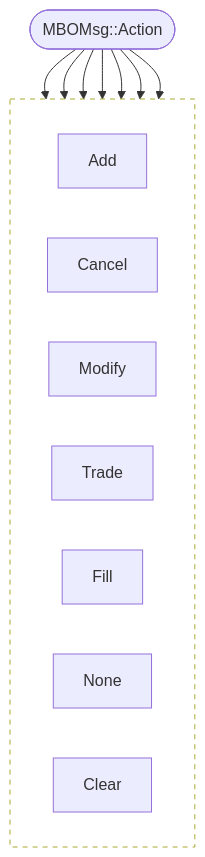
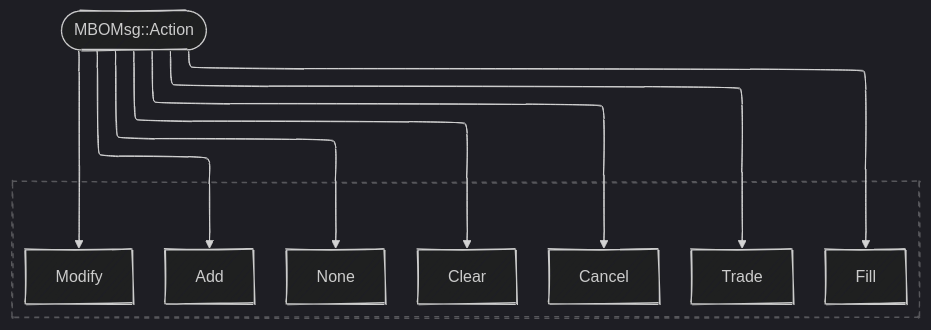
One commit to Alexerby/thesis-code changed the first of 2 diagrams in docs/Order Lifetime Tracking (XNAS.ITCH).md. Above: the diagram before and after it, drawn with Mermaid. The commit also changed other lines of this file, not shown here.

````diff
--- a/docs/Order Lifetime Tracking (XNAS.ITCH).md
+++ b/docs/Order Lifetime Tracking (XNAS.ITCH).md
@@ -10,25 +10,31 @@
 ```mermaid
+---
+config:
+  layout: elk
+  look: handDrawn
+  theme: dark
+---
 flowchart TD
     Root([MBOMsg::Action])
     
     subgraph Operations [" "]
         direction LR
         A[Add]
         C[Cancel]
         M[Modify]
         T[Trade]
         F[Fill]
         N[None]
         CLR[Clear]
     end
 
     Root --> A
     Root --> C
     Root --> M
     Root --> T
     Root --> F
     Root --> N
     Root --> CLR
 
     style Operations fill:none,stroke-dasharray: 5 5
 ```
````
